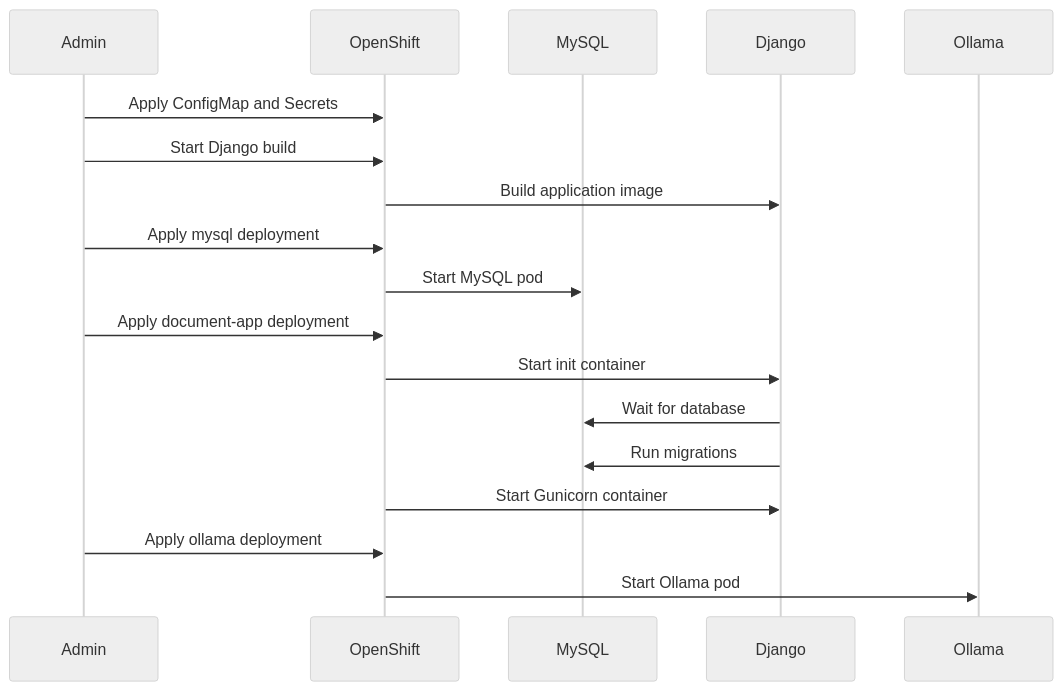
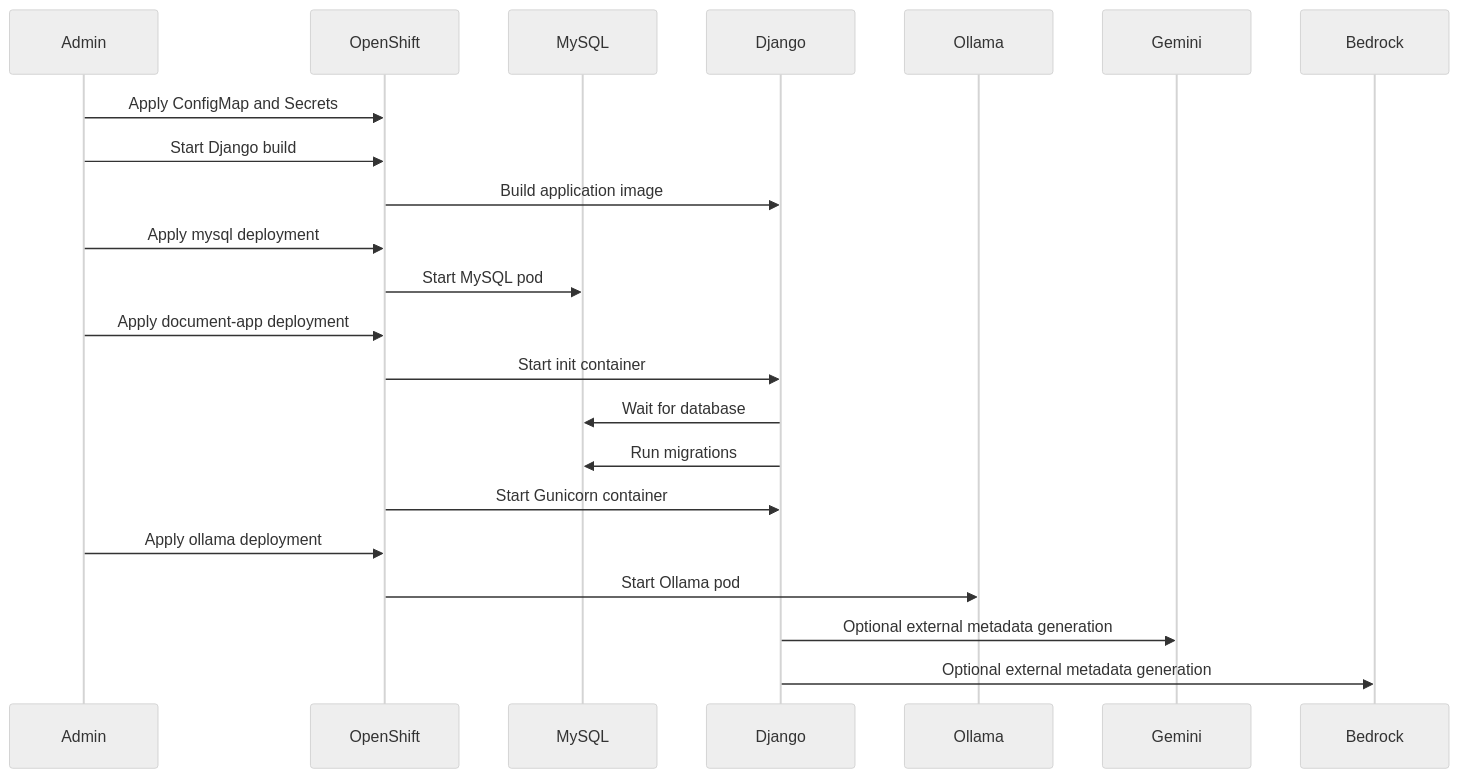
One commit to khaliqueaws-creator/document-management changed the second of 3 diagrams in docs/deployment.md. Above: the diagram before and after it, drawn with Mermaid (neutral theme). The commit also changed other lines of this file and 4 other files, not shown here.

Commit message:
Update architecture docs for Bedrock

````diff
--- a/docs/deployment.md
+++ b/docs/deployment.md
@@ -62,24 +72,29 @@
 ```mermaid
 sequenceDiagram
     participant Admin
     participant OpenShift
     participant MySQL
     participant Django
     participant Ollama
+    participant Gemini
+    participant Bedrock
 
     Admin->>OpenShift: Apply ConfigMap and Secrets
     Admin->>OpenShift: Start Django build
     OpenShift->>Django: Build application image
 
     Admin->>OpenShift: Apply mysql deployment
     OpenShift->>MySQL: Start MySQL pod
 
     Admin->>OpenShift: Apply document-app deployment
     OpenShift->>Django: Start init container
     Django->>MySQL: Wait for database
     Django->>MySQL: Run migrations
     OpenShift->>Django: Start Gunicorn container
 
     Admin->>OpenShift: Apply ollama deployment
     OpenShift->>Ollama: Start Ollama pod
+
+    Django->>Gemini: Optional external metadata generation
+    Django->>Bedrock: Optional external metadata generation
 ```
````
